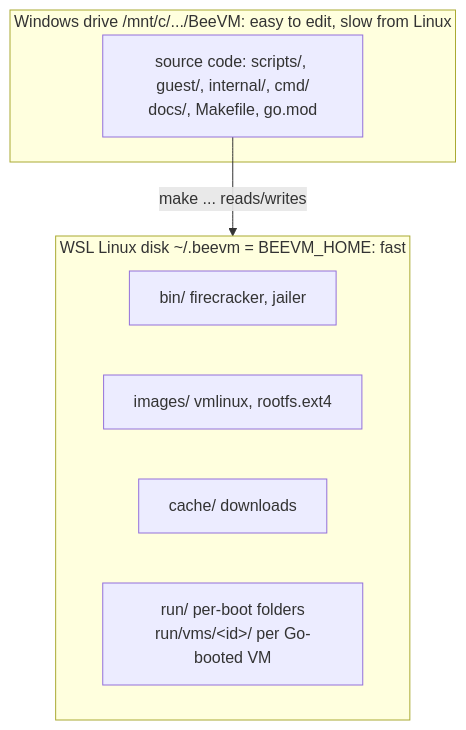
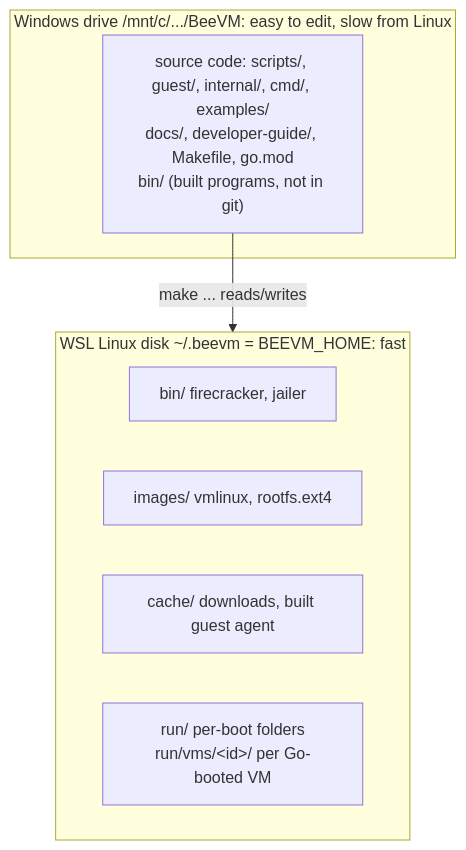
Before and after one commit to om8P/BeeVM: the second of 8 diagrams in developer-guide/guide.md, drawn with Mermaid. The commit also changed other lines of this file and 2 other files, not shown here.

First line of the commit message:
Update build guide and learning notes through milestone 3

````diff
--- a/developer-guide/guide.md
+++ b/developer-guide/guide.md
@@ -100,14 +142,14 @@
 ```mermaid
 flowchart TB
     subgraph WIN["Windows drive /mnt/c/.../BeeVM: easy to edit, slow from Linux"]
-      SRC["source code: scripts/, guest/, internal/, cmd/<br/>docs/, Makefile, go.mod"]
+      SRC["source code: scripts/, guest/, internal/, cmd/, examples/<br/>docs/, developer-guide/, Makefile, go.mod<br/>bin/ (built programs, not in git)"]
     end
     subgraph LIN["WSL Linux disk ~/.beevm = BEEVM_HOME: fast"]
       direction LR
       BIN["bin/ firecracker, jailer"]
       IMG["images/ vmlinux, rootfs.ext4"]
-      CACHE["cache/ downloads"]
+      CACHE["cache/ downloads, built guest agent"]
       RUN["run/ per-boot folders<br/>run/vms/&lt;id&gt;/ per Go-booted VM"]
     end
     SRC -- "make ... reads/writes" --> LIN
 ```
````
